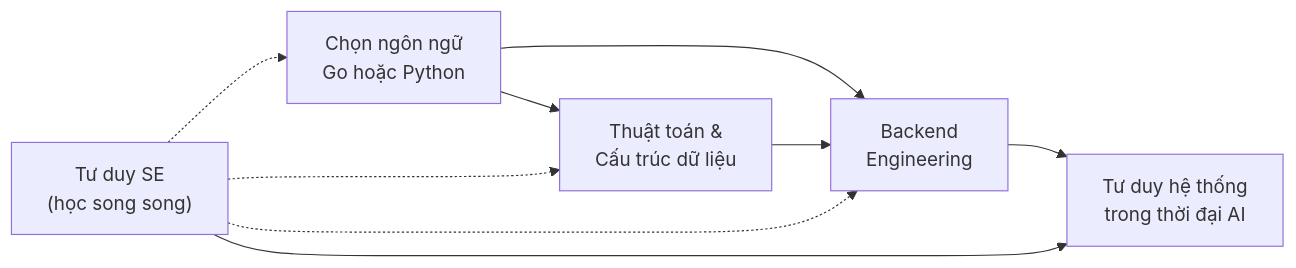
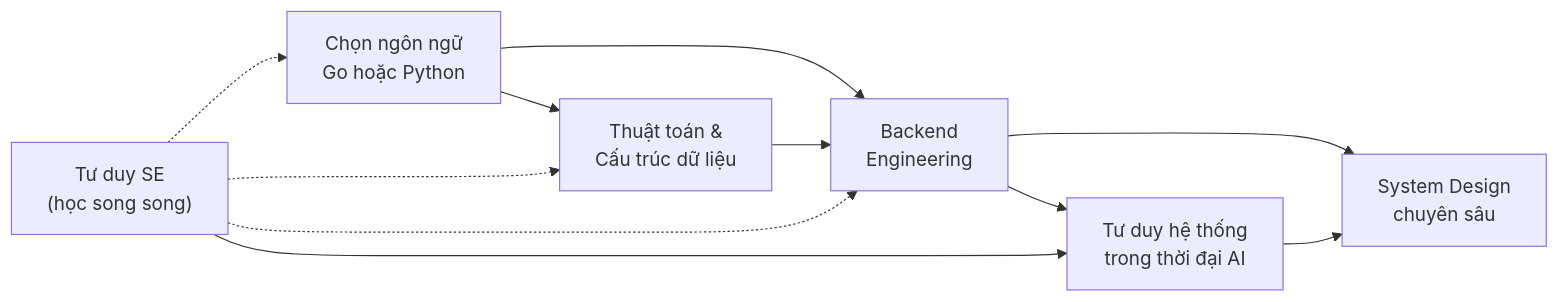
Before and after one commit to nguyenthanh1205tb/learning: the diagram in README.md, drawn with Mermaid. The commit also changed other lines of this file and 20 other files, not shown here.

First line of the commit message:
Add "System Design chuyên sâu" course (#10)

````diff
--- a/README.md
+++ b/README.md
@@ -34,11 +36,13 @@
 ```mermaid
 flowchart LR
     A["Chọn ngôn ngữ<br/>Go hoặc Python"] --> B["Thuật toán &<br/>Cấu trúc dữ liệu"]
     A --> C["Backend<br/>Engineering"]
     B --> C
     D["Tư duy SE<br/>(học song song)"] -.-> A
     D -.-> B
     D -.-> C
     C --> E["Tư duy hệ thống<br/>trong thời đại AI"]
     D --> E
+    C --> F["System Design<br/>chuyên sâu"]
+    E --> F
 ```
````
